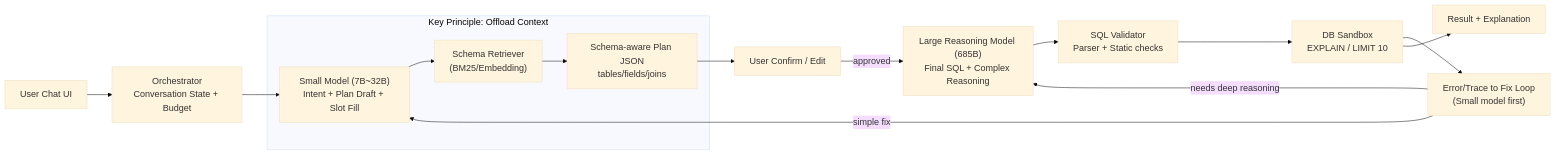
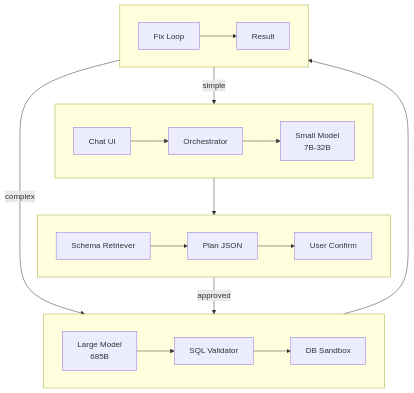
Before and after one commit to hz1957/AI-Notes: the diagram in agent/architecture-patterns.md, drawn with Mermaid. The commit also changed 4 other files, not shown here.

First line of the commit message:
docs: improve agent documentation structure and Mermaid diagram layouts

````diff
--- a/agent/architecture-patterns.md
+++ b/agent/architecture-patterns.md
@@ -19,22 +19,28 @@
 ```mermaid
-%%{init: {'theme':'base', 'themeVariables': { 'fontSize':'18px', 'fontFamily':'Arial'}}}%%
-flowchart LR
-  UI["User Chat UI"] --> ORCH["Orchestrator<br/>Conversation State + Budget"]
-  ORCH --> SM["Small Model (7B~32B)<br/>Intent + Plan Draft + Slot Fill"]
-  SM --> RET["Schema Retriever<br/>(BM25/Embedding)"]
-  RET --> PLAN["Schema-aware Plan JSON<br/>tables/fields/joins"]
-  PLAN --> UI_CONFIRM["User Confirm / Edit"]
-  UI_CONFIRM -->|approved| BIG["Large Reasoning Model (685B)<br/>Final SQL + Complex Reasoning"]
-  BIG --> VALID["SQL Validator<br/>Parser + Static checks"]
-  VALID --> EXEC["DB Sandbox<br/>EXPLAIN / LIMIT 10"]
-  EXEC --> FIX["Error/Trace to Fix Loop<br/>(Small model first)"]
-  FIX -->|needs deep reasoning| BIG
-  FIX -->|simple fix| SM
-  EXEC --> OUT["Result + Explanation"]
+flowchart TD
+  subgraph Row1 [" "]
+    direction LR
+    UI["Chat UI"] --> ORCH["Orchestrator"] --> SM["Small Model<br/>7B-32B"]
+  end
+  
+  subgraph Row2 [" "]
+    direction LR
+    RET["Schema Retriever"] --> PLAN["Plan JSON"] --> UI_CONFIRM["User Confirm"]
+  end
+  
+  subgraph Row3 [" "]
+    direction LR
+    BIG["Large Model<br/>685B"] --> VALID["SQL Validator"] --> EXEC["DB Sandbox"]
+  end
+  
+  subgraph Row4 [" "]
+    direction LR
+    FIX["Fix Loop"] --> OUT["Result"]
+  end
 
-  subgraph OffloadContext ["Key Principle: Offload Context"]
-    SM
-    RET
-    PLAN
-  end
+  SM --> RET
+  UI_CONFIRM -->|"approved"| BIG
+  EXEC --> FIX
+  FIX -->|"complex"| BIG
+  FIX -->|"simple"| SM
 ```
````
